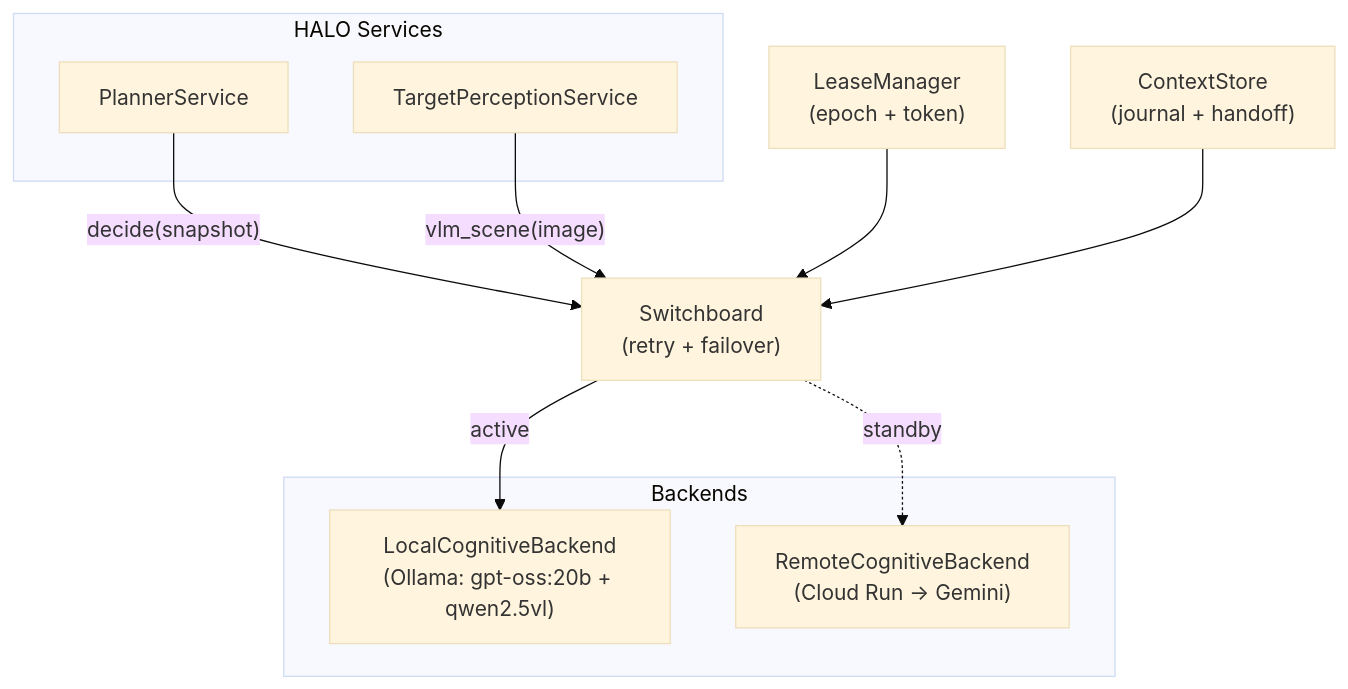
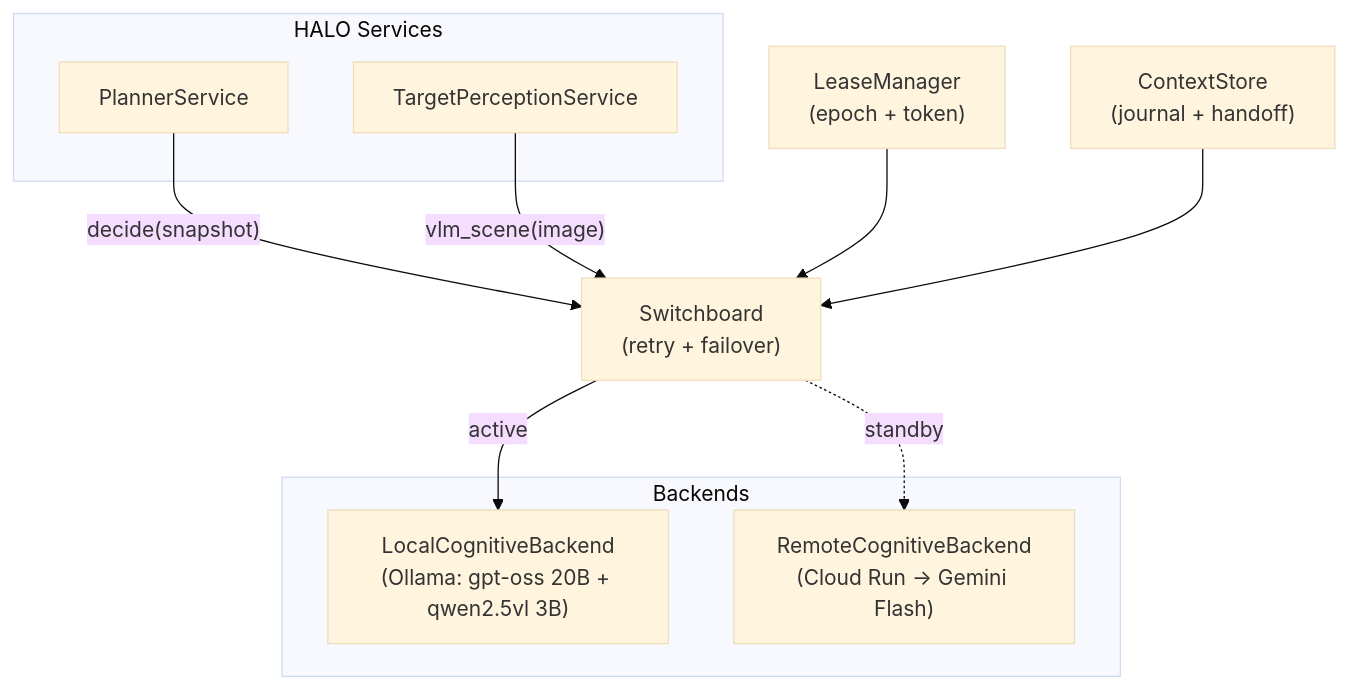
The fourth of 10 diagrams in docs/halo_architecture.md (andrei-ace/HALO), drawn with Mermaid (base theme) before and after one commit. The commit also changed other lines of this file and 2 other files, not shown here.

````diff
--- a/docs/halo_architecture.md
+++ b/docs/halo_architecture.md
@@ -218,22 +226,22 @@
 ```mermaid
 flowchart TB
     subgraph Services["HALO Services"]
         PS["PlannerService"]
         TPS["TargetPerceptionService"]
     end
 
     SB["Switchboard<br/>(retry + failover)"]
 
     subgraph Backends["Backends"]
-        LOCAL["LocalCognitiveBackend<br/>(Ollama: gpt-oss:20b + qwen2.5vl)"]
-        CLOUD["RemoteCognitiveBackend<br/>(Cloud Run → Gemini)"]
+        LOCAL["LocalCognitiveBackend<br/>(Ollama: gpt-oss 20B + qwen2.5vl 3B)"]
+        CLOUD["RemoteCognitiveBackend<br/>(Cloud Run → Gemini Flash)"]
     end
 
     PS -->|"decide(snapshot)"| SB
     TPS -->|"vlm_scene(image)"| SB
     SB -->|"active"| LOCAL
     SB -.->|"standby"| CLOUD
 
     LM["LeaseManager<br/>(epoch + token)"] --> SB
     CS["ContextStore<br/>(journal + handoff)"] --> SB
 ```
````
